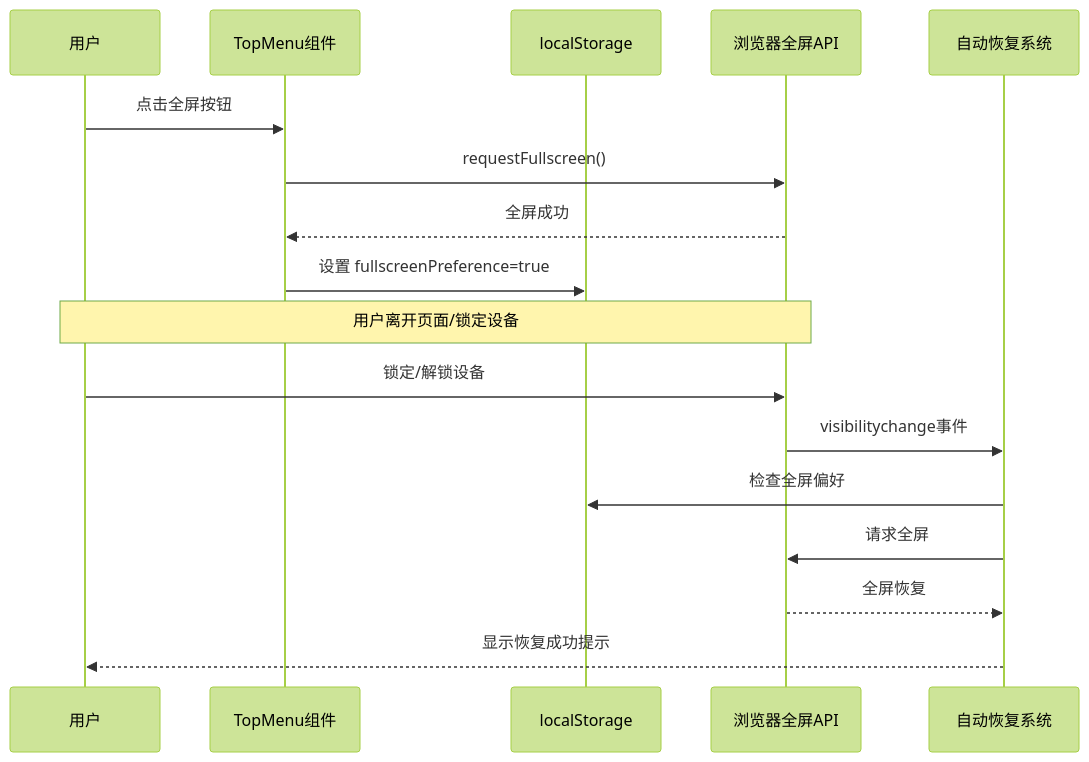
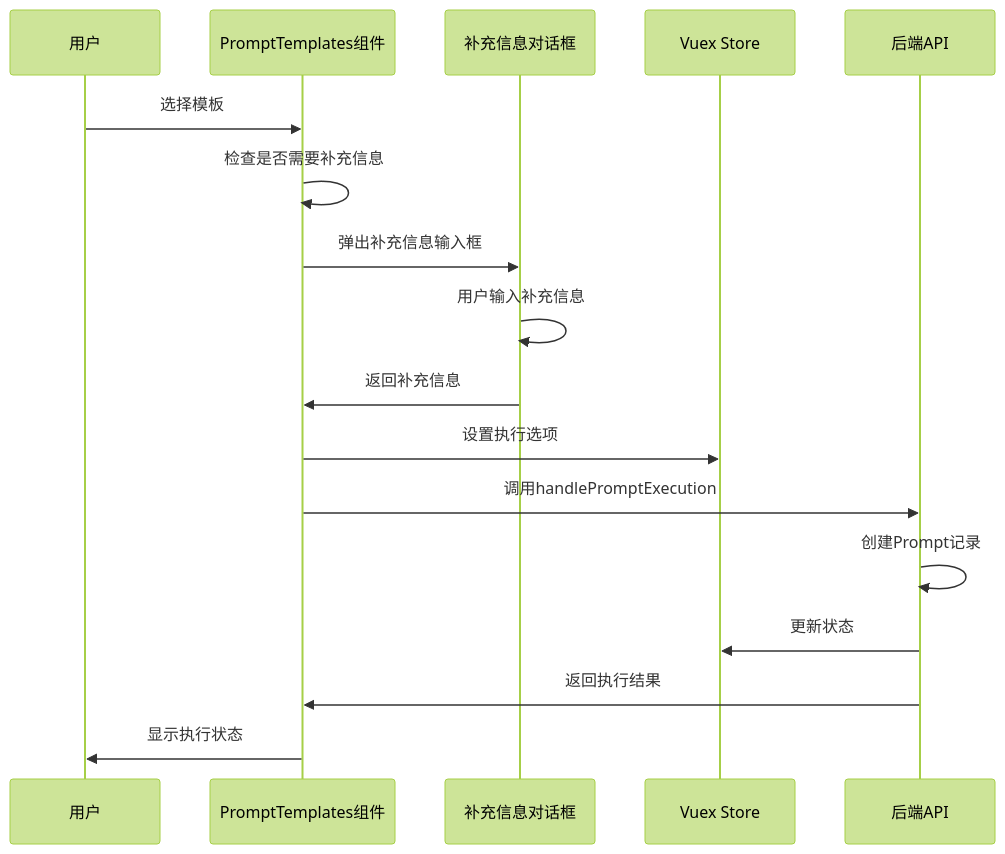
Before and after one commit to liuzh2008/med_ai_assistant_workspace: the ninth of 12 diagrams in .qoder/repowiki/zh/content/Vue Component Documentation/Vue Component Documentation.md, drawn with Mermaid (forest theme). The commit also changed other lines of this file and 14 other files, not shown here.

````diff
--- a/.qoder/repowiki/zh/content/Vue Component Documentation/Vue Component Documentation.md
+++ b/.qoder/repowiki/zh/content/Vue Component Documentation/Vue Component Documentation.md
@@ -378,19 +452,19 @@
 ```mermaid
 sequenceDiagram
 participant User as 用户
-participant TopMenu as TopMenu组件
-participant LocalStorage as localStorage
-participant Browser as 浏览器全屏API
-participant AutoRestore as 自动恢复系统
-User->>TopMenu : 点击全屏按钮
-TopMenu->>Browser : requestFullscreen()
-Browser-->>TopMenu : 全屏成功
-TopMenu->>LocalStorage : 设置 fullscreenPreference=true
-Note over User,Browser : 用户离开页面/锁定设备
-User->>Browser : 锁定/解锁设备
-Browser->>AutoRestore : visibilitychange事件
-AutoRestore->>LocalStorage : 检查全屏偏好
-AutoRestore->>Browser : 请求全屏
-Browser-->>AutoRestore : 全屏恢复
-AutoRestore-->>User : 显示恢复成功提示
+participant PromptTemplates as PromptTemplates组件
+participant Dialog as 补充信息对话框
+participant Store as Vuex Store
+participant API as 后端API
+User->>PromptTemplates : 选择模板
+PromptTemplates->>PromptTemplates : 检查是否需要补充信息
+PromptTemplates->>Dialog : 弹出补充信息输入框
+Dialog->>Dialog : 用户输入补充信息
+Dialog->>PromptTemplates : 返回补充信息
+PromptTemplates->>Store : 设置执行选项
+PromptTemplates->>API : 调用handlePromptExecution
+API->>API : 创建Prompt记录
+API->>Store : 更新状态
+API->>PromptTemplates : 返回执行结果
+PromptTemplates->>User : 显示执行状态
 ```
````
